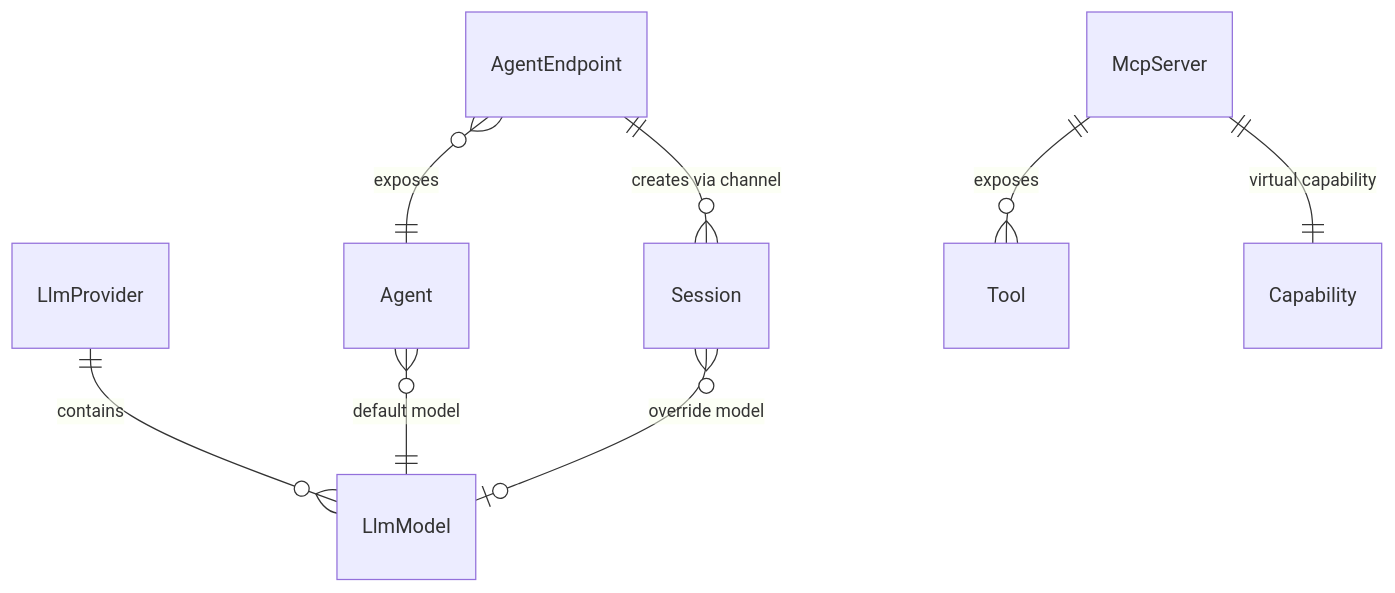
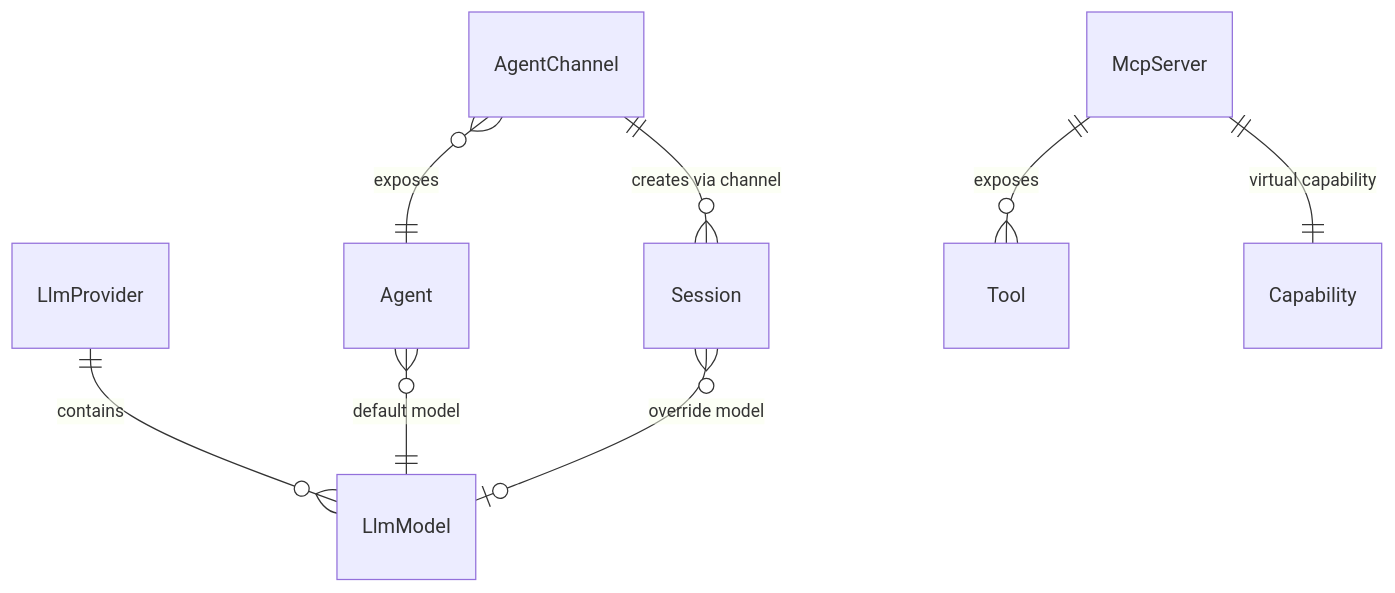
Before and after one commit to everruns/everruns: the third of 3 diagrams in knowledge/foundations/concepts.md, drawn with Mermaid. The commit also changed other lines of this file and 27 other files, not shown here.

````diff
--- a/knowledge/foundations/concepts.md
+++ b/knowledge/foundations/concepts.md
@@ -225,13 +225,13 @@
 ```mermaid
 erDiagram
     LlmProvider ||--o{ LlmModel : "contains"
 
     Agent }o--|| LlmModel : "default model"
     Session }o--o| LlmModel : "override model"
 
     McpServer ||--o{ Tool : "exposes"
     McpServer ||--|| Capability : "virtual capability"
 
-    AgentEndpoint }o--|| Agent : "exposes"
-    AgentEndpoint ||--o{ Session : "creates via channel"
+    AgentChannel }o--|| Agent : "exposes"
+    AgentChannel ||--o{ Session : "creates via channel"
 ```
````
